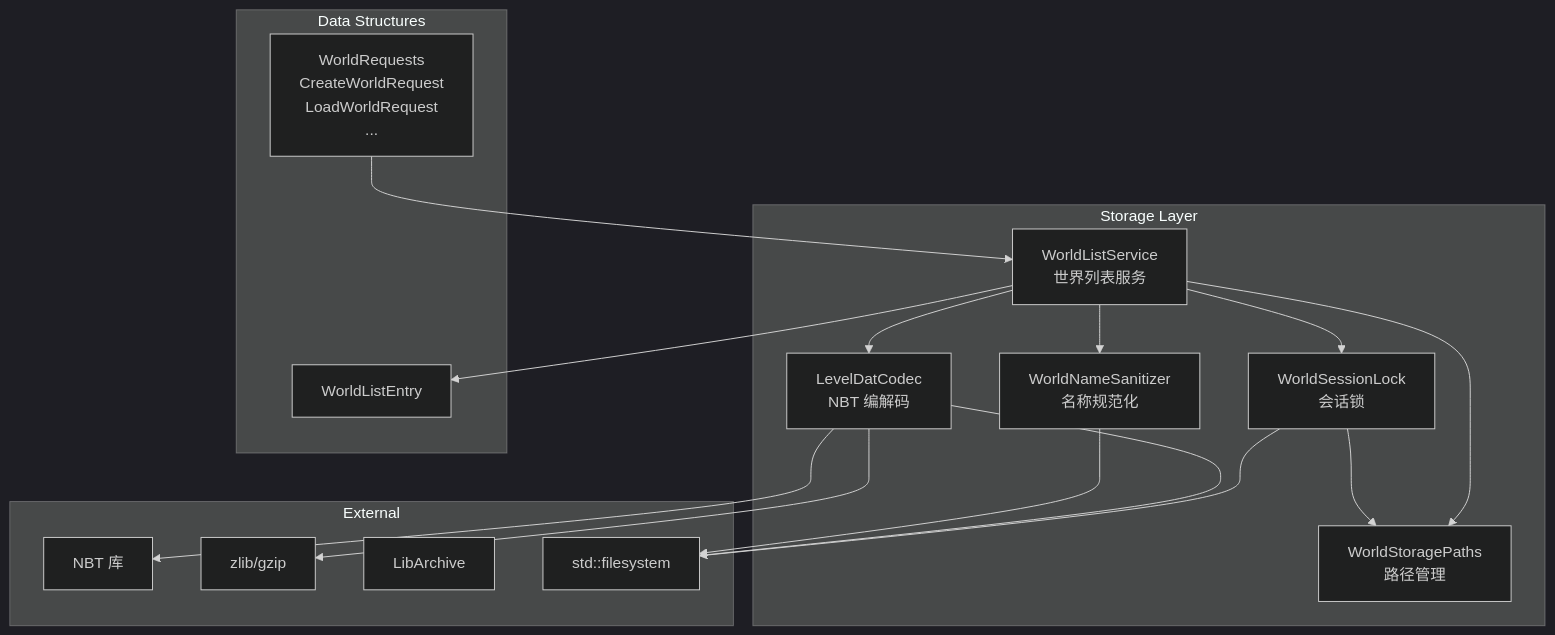
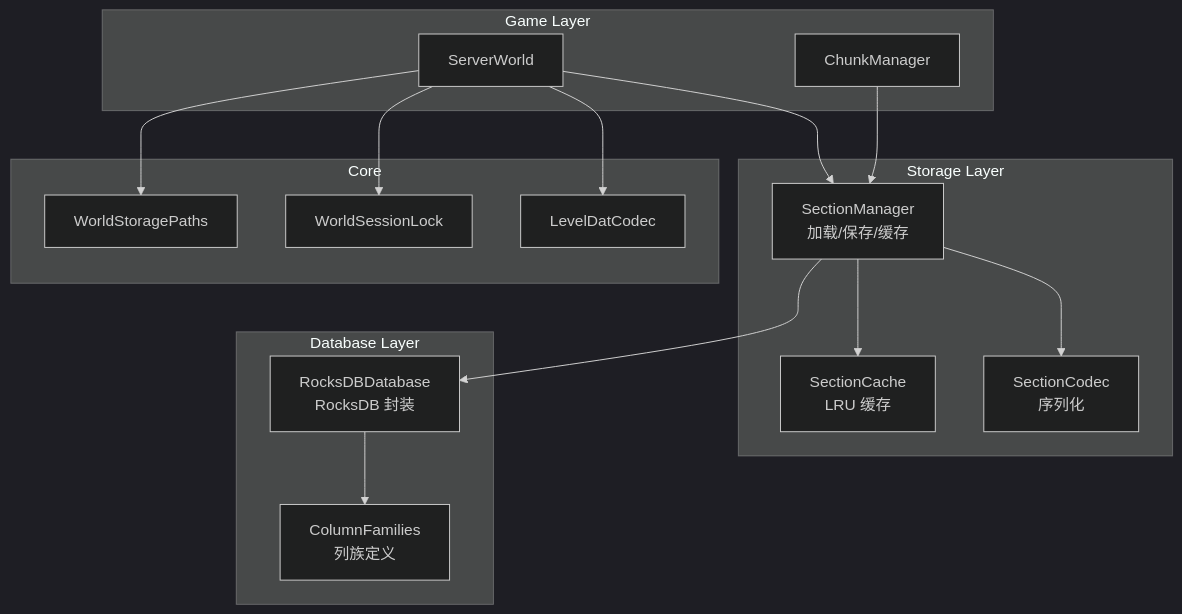
The third of 3 diagrams in src/common/world/storage/README.md (g122622/Cubium), drawn with Mermaid (dark theme) before and after one commit. The commit also changed other lines of this file and 45 other files, not shown here.

````diff
--- a/src/common/world/storage/README.md
+++ b/src/common/world/storage/README.md
@@ -512,39 +407,34 @@
 ```mermaid
 graph TB
-    subgraph "Storage Layer"
-        Paths[WorldStoragePaths<br/>路径管理]
-        Lock[WorldSessionLock<br/>会话锁]
-        Sanitizer[WorldNameSanitizer<br/>名称规范化]
-        Codec[LevelDatCodec<br/>NBT 编解码]
-        Service[WorldListService<br/>世界列表服务]
+    subgraph "Game Layer"
+        World[ServerWorld]
+        ChunkManager[ChunkManager]
     end
 
-    subgraph "Data Structures"
-        Entry[WorldListEntry]
-        Request[WorldRequests<br/>CreateWorldRequest<br/>LoadWorldRequest<br/>...]
+    subgraph "Storage Layer"
+        Manager[SectionManager<br/>加载/保存/缓存]
+        Cache[SectionCache<br/>LRU 缓存]
+        Codec[SectionCodec<br/>序列化]
     end
 
-    subgraph "External"
-        NBT[NBT 库]
-        Zlib[zlib/gzip]
-        LibArchive[LibArchive]
-        FS[std::filesystem]
+    subgraph "Database Layer"
+        DB[RocksDBDatabase<br/>RocksDB 封装]
+        CF[ColumnFamilies<br/>列族定义]
     end
 
-    Service --> Paths
-    Service --> Lock
-    Service --> Sanitizer
-    Service --> Codec
-    Service --> Entry
+    subgraph "Core"
+        Paths[WorldStoragePaths]
+        Lock[WorldSessionLock]
+        Codec2[LevelDatCodec]
+    end
 
-    Lock --> Paths
-    Lock --> FS
-
-    Codec --> NBT
-    Codec --> Zlib
-    Codec --> FS
-
-    Sanitizer --> FS
-
-    Request --> Service
+    World --> Manager
+    ChunkManager --> Manager
+    Manager --> Cache
+    Manager --> DB
+    Manager --> Codec
+    DB --> CF
+    World --> Lock
+    World --> Paths
+    World --> Codec2
 ```
````
